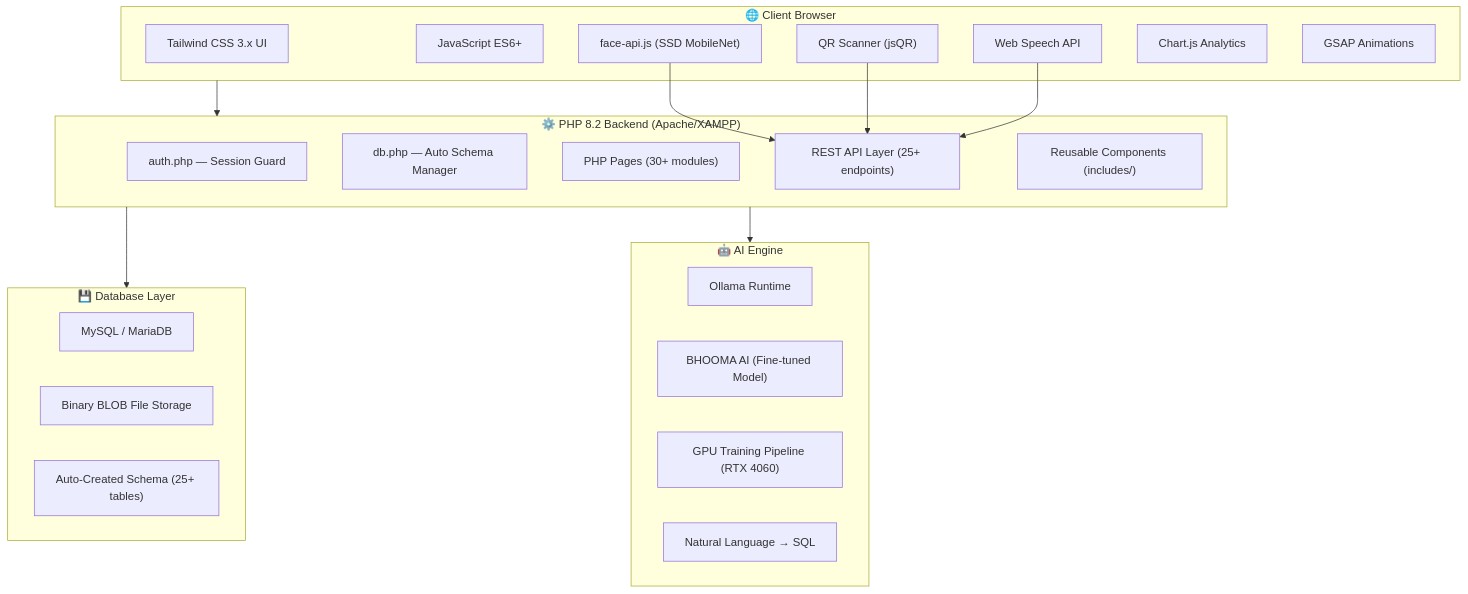
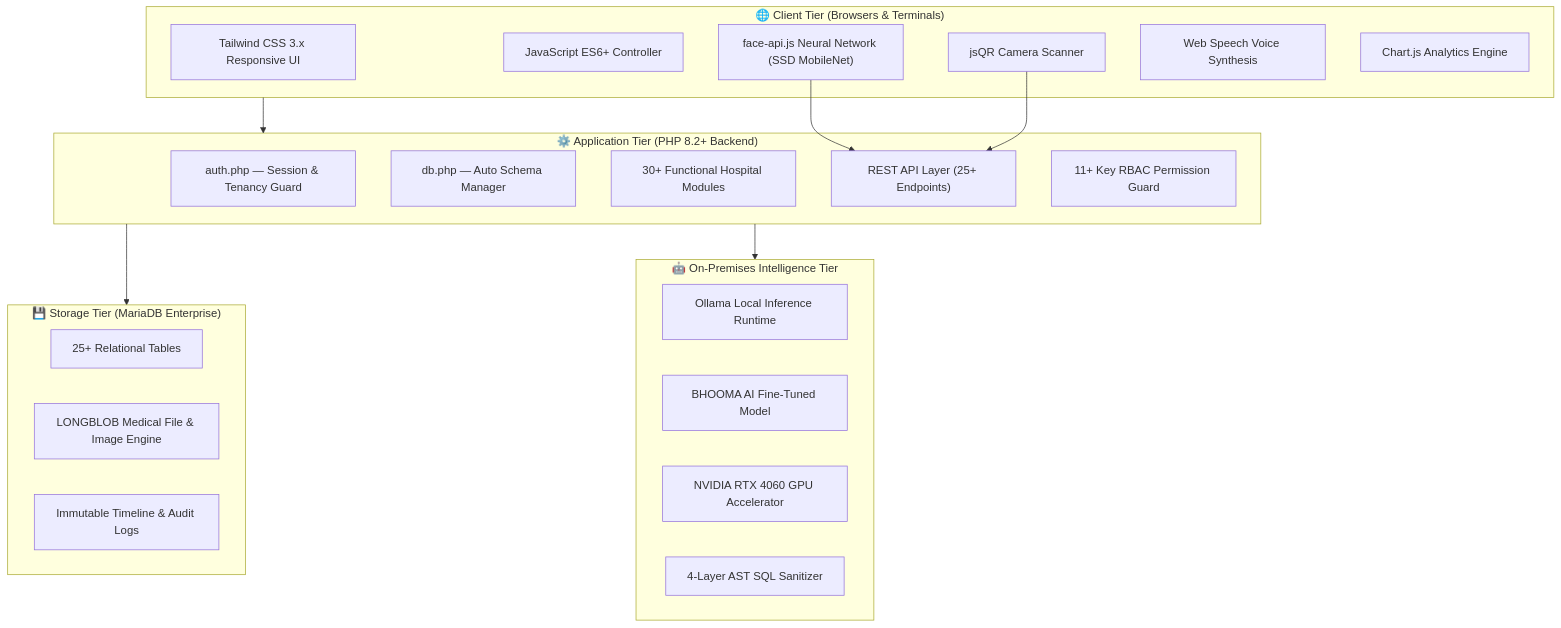
One commit to PoojanPatel7/hospital_management_system_Project changed the second of 3 diagrams in README.md. Above: the diagram before and after it, drawn with Mermaid. The commit also changed other lines of this file and 52 other files, not shown here.

Commit message:
feat(v3.0): Enterprise Release — Inpatient Bed Ward & Bedside Monitor Workstation, AI Face Attendance Kiosk, BHOOMA AI Clinical Dossier, 9-Phase Hospital Setup Master Plan & Comprehensive Docs Suite

````diff
--- a/README.md
+++ b/README.md
@@ -99,40 +261,38 @@
 ```mermaid
 flowchart TB
-    subgraph CLIENT["🌐 Client Browser"]
-        UI["Tailwind CSS 3.x UI"]
-        JS["JavaScript ES6+"]
-        QR["QR Scanner (jsQR)"]
-        FACE["face-api.js (SSD MobileNet)"]
-        VOICE["Web Speech API"]
-        CHARTS["Chart.js Analytics"]
-        GSAP["GSAP Animations"]
+    subgraph CLIENT["🌐 Client Tier (Browsers & Terminals)"]
+        UI["Tailwind CSS 3.x Responsive UI"]
+        JS["JavaScript ES6+ Controller"]
+        QR_SCAN["jsQR Camera Scanner"]
+        FACE_NN["face-api.js Neural Network (SSD MobileNet)"]
+        VOICE_SYNTH["Web Speech Voice Synthesis"]
+        CHARTS["Chart.js Analytics Engine"]
     end
 
-    subgraph SERVER["⚙️ PHP 8.2 Backend (Apache/XAMPP)"]
-        AUTH["auth.php — Session Guard"]
-        DB["db.php — Auto Schema Manager"]
-        PAGES["PHP Pages (30+ modules)"]
-        API["REST API Layer (25+ endpoints)"]
-        INCLUDES["Reusable Components (includes/)"]
+    subgraph SERVER["⚙️ Application Tier (PHP 8.2+ Backend)"]
+        AUTH["auth.php — Session & Tenancy Guard"]
+        SCHEMA["db.php — Auto Schema Manager"]
+        MODULES["30+ Functional Hospital Modules"]
+        REST_API["REST API Layer (25+ Endpoints)"]
+        PERM_GUARD["11+ Key RBAC Permission Guard"]
     end
 
-    subgraph DATA["💾 Database Layer"]
-        MYSQL["MySQL / MariaDB"]
-        BLOB["Binary BLOB File Storage"]
-        SCHEMA["Auto-Created Schema (25+ tables)"]
+    subgraph DATA["💾 Storage Tier (MariaDB Enterprise)"]
+        RELATIONAL["25+ Relational Tables"]
+        BLOB_STORE["LONGBLOB Medical File & Image Engine"]
+        AUDIT_LOGS["Immutable Timeline & Audit Logs"]
     end
 
-    subgraph AI["🤖 AI Engine"]
-        OLLAMA["Ollama Runtime"]
-        LLM["BHOOMA AI (Fine-tuned Model)"]
-        TRAIN["GPU Training Pipeline (RTX 4060)"]
-        NLP["Natural Language → SQL"]
+    subgraph AI["🤖 On-Premises Intelligence Tier"]
+        OLLAMA["Ollama Local Inference Runtime"]
+        BHOOMA["BHOOMA AI Fine-Tuned Model"]
+        GPU["NVIDIA RTX 4060 GPU Accelerator"]
+        SANITIZER["4-Layer AST SQL Sanitizer"]
     end
 
     CLIENT --> SERVER
     SERVER --> DATA
     SERVER --> AI
-    FACE --> API
-    QR --> API
-    VOICE --> API
+    FACE_NN --> REST_API
+    QR_SCAN --> REST_API
 ```
````
